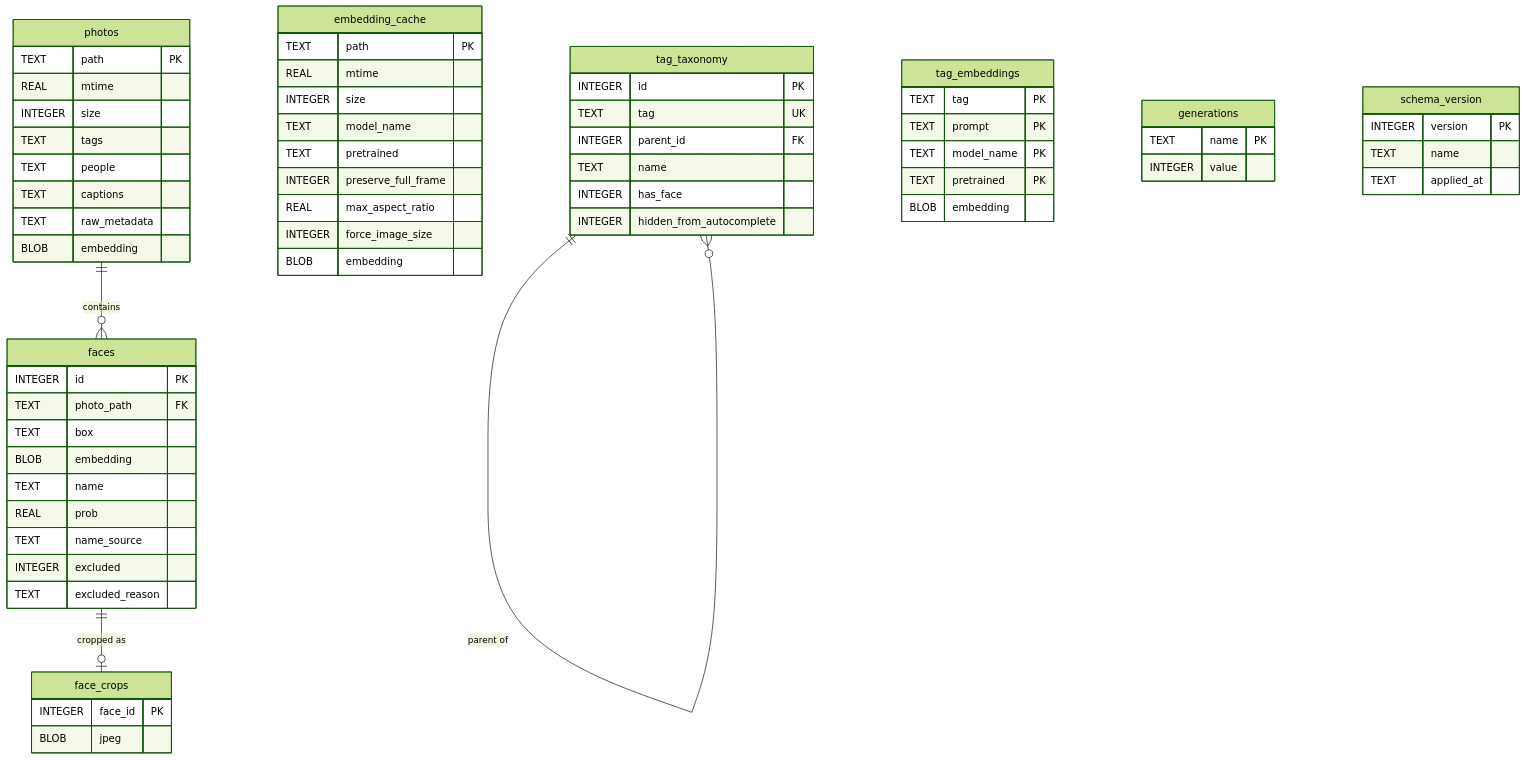
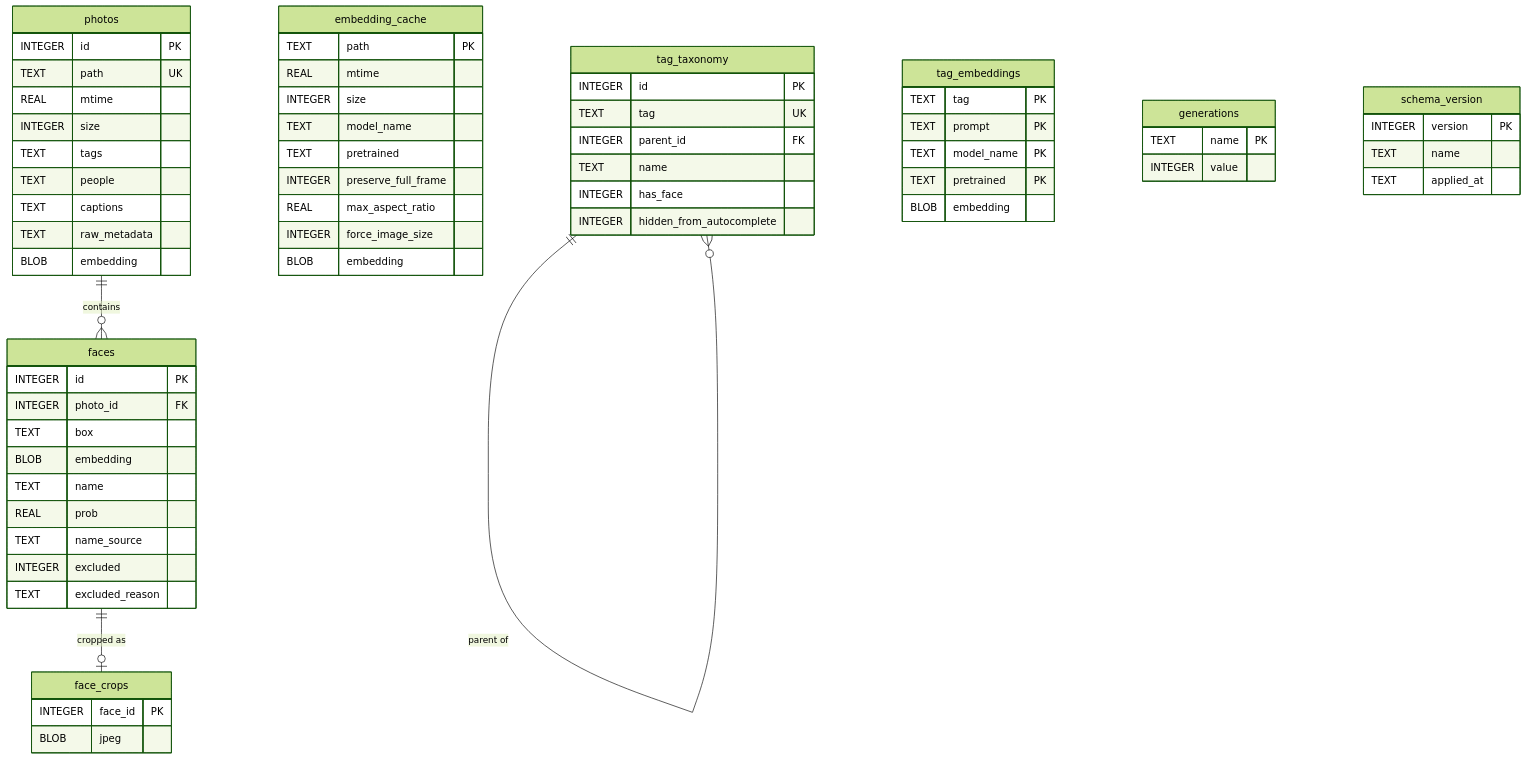
Before and after one commit to Wizoi/TagPup: the first of 2 diagrams in DATABASE.md, drawn with Mermaid (forest theme). The commit also changed other lines of this file and 51 other files, not shown here.

````diff
--- a/DATABASE.md
+++ b/DATABASE.md
@@ -161,74 +162,75 @@
 ```mermaid
 erDiagram
     photos {
-        TEXT path PK
+        INTEGER id PK
+        TEXT path UK
         REAL mtime
         INTEGER size
         TEXT tags
         TEXT people
         TEXT captions
         TEXT raw_metadata
         BLOB embedding
     }
     
     faces {
         INTEGER id PK
-        TEXT photo_path FK
+        INTEGER photo_id FK
         TEXT box
         BLOB embedding
         TEXT name
         REAL prob
         TEXT name_source
         INTEGER excluded
         TEXT excluded_reason
     }
     
     embedding_cache {
         TEXT path PK
         REAL mtime
         INTEGER size
         TEXT model_name
         TEXT pretrained
         INTEGER preserve_full_frame
         REAL max_aspect_ratio
         INTEGER force_image_size
         BLOB embedding
     }
 
     tag_taxonomy {
         INTEGER id PK
         TEXT tag UK
         INTEGER parent_id FK
         TEXT name
         INTEGER has_face
         INTEGER hidden_from_autocomplete
     }
 
     tag_embeddings {
         TEXT tag PK
         TEXT prompt PK
         TEXT model_name PK
         TEXT pretrained PK
         BLOB embedding
     }
 
     face_crops {
         INTEGER face_id PK
         BLOB jpeg
     }
 
     generations {
         TEXT name PK
         INTEGER value
     }
 
     schema_version {
         INTEGER version PK
         TEXT name
         TEXT applied_at
     }
 
     photos ||--o{ faces : "contains"
     faces ||--o| face_crops : "cropped as"
     tag_taxonomy ||--o{ tag_taxonomy : "parent of"
 ```
````
